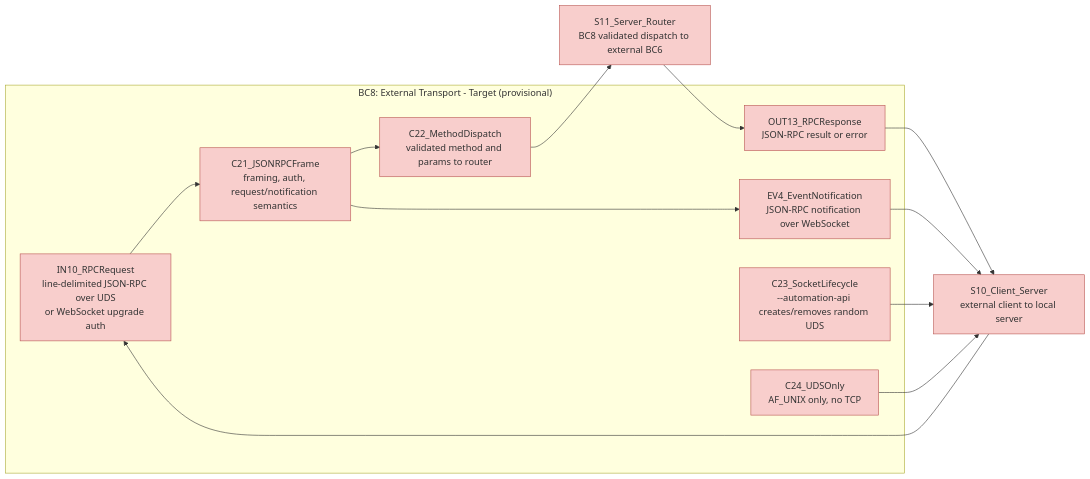
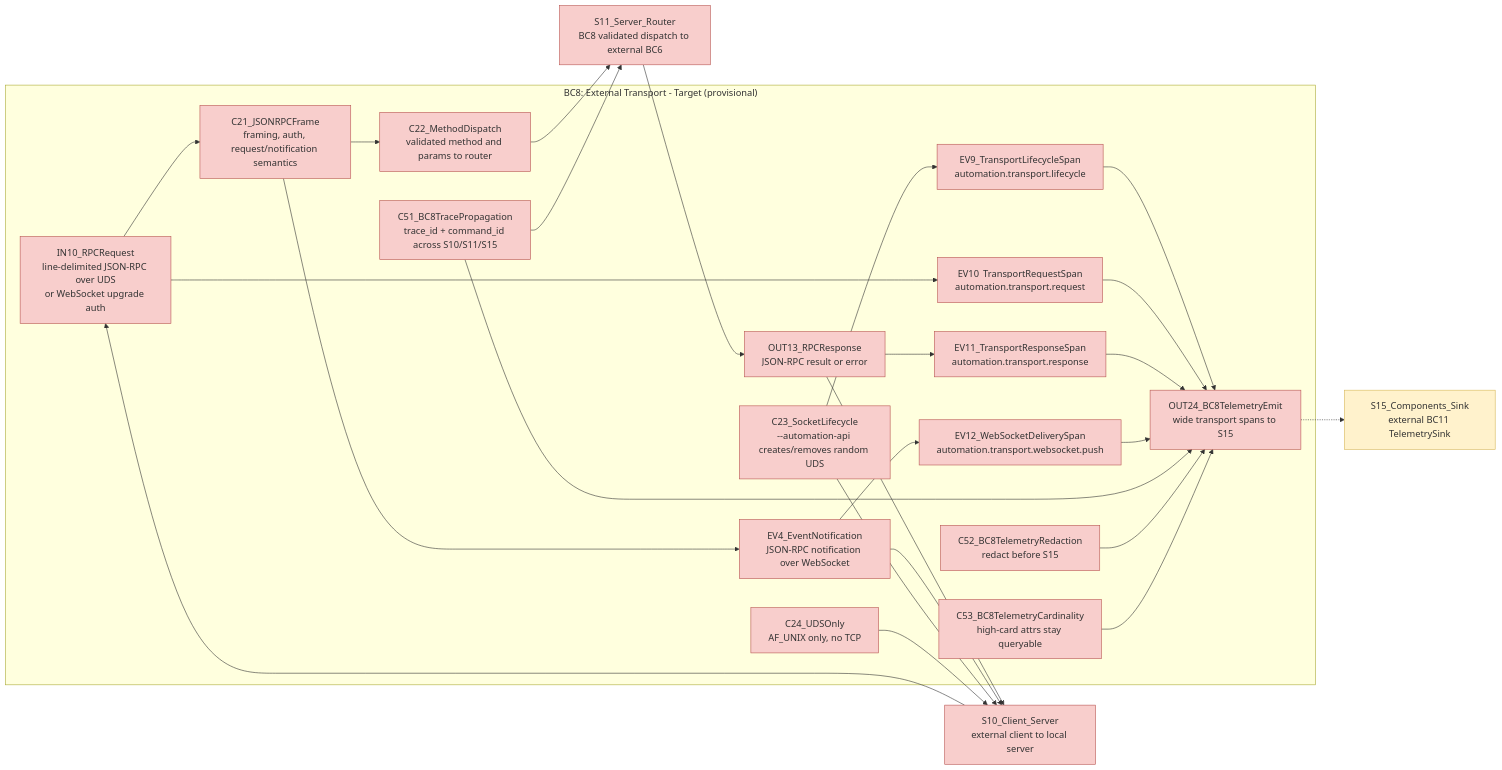
Before and after one commit to tha-hammer/zigBrowser: the first of 3 diagrams in thoughts/searchable/shared/plans/2026-07-09-phase2-3-external-api-platform-input-tdd-plan.md, drawn with Mermaid. The commit also changed other lines of this file and 2 other files, not shown here.

````diff
--- a/thoughts/searchable/shared/plans/2026-07-09-phase2-3-external-api-platform-input-tdd-plan.md
+++ b/thoughts/searchable/shared/plans/2026-07-09-phase2-3-external-api-platform-input-tdd-plan.md
@@ -603,36 +719,61 @@
 ```mermaid
 flowchart LR
     classDef iface   fill:#dae8fc,stroke:#6c8ebf;
+    classDef event   fill:#e1d5e7,stroke:#9673a6;
     classDef contract fill:#d5e8d4,stroke:#82b366;
     classDef seam    fill:#fff2cc,stroke:#d6b656;
     classDef gap     fill:#f8cecc,stroke:#b85450;
 
     subgraph BC8["BC8: External Transport - Target (provisional)"]
         IN10["IN10_RPCRequest\nline-delimited JSON-RPC over UDS\nor WebSocket upgrade auth"]
         OUT13["OUT13_RPCResponse\nJSON-RPC result or error"]
         EV4["EV4_EventNotification\nJSON-RPC notification over WebSocket"]
+        OUT24["OUT24_BC8TelemetryEmit\nwide transport spans to S15"]
+        EV9["EV9_TransportLifecycleSpan\nautomation.transport.lifecycle"]
+        EV10["EV10_TransportRequestSpan\nautomation.transport.request"]
+        EV11["EV11_TransportResponseSpan\nautomation.transport.response"]
+        EV12["EV12_WebSocketDeliverySpan\nautomation.transport.websocket.push"]
         C21["C21_JSONRPCFrame\nframing, auth, request/notification semantics"]
         C22["C22_MethodDispatch\nvalidated method and params to router"]
         C23["C23_SocketLifecycle\n--automation-api creates/removes random UDS"]
         C24["C24_UDSOnly\nAF_UNIX only, no TCP"]
+        C51["C51_BC8TracePropagation\ntrace_id + command_id across S10/S11/S15"]
+        C52["C52_BC8TelemetryRedaction\nredact before S15"]
+        C53["C53_BC8TelemetryCardinality\nhigh-card attrs stay queryable"]
     end
 
     S10["S10_Client_Server\nexternal client to local server"]
     S11["S11_Server_Router\nBC8 validated dispatch to external BC6"]
+    S15["S15_Components_Sink\nexternal BC11 TelemetrySink"]
 
     S10 --> IN10
     IN10 --> C21
+    IN10 --> EV10
     C21 --> C22
     C22 --> S11
     S11 --> OUT13
     OUT13 --> S10
+    OUT13 --> EV11
     C21 --> EV4
     EV4 --> S10
+    EV4 --> EV12
     C23 --> S10
+    C23 --> EV9
     C24 --> S10
 
-    class IN10,OUT13,EV4 iface;
-    class C21,C22,C23,C24 contract;
-    class S10,S11 seam;
-    class IN10,OUT13,EV4,C21,C22,C23,C24,S10,S11 gap;
+    EV9 --> OUT24
+    EV10 --> OUT24
+    EV11 --> OUT24
+    EV12 --> OUT24
+    C51 --> OUT24
+    C51 --> S11
+    C52 --> OUT24
+    C53 --> OUT24
+    OUT24 -.-> S15
+
+    class IN10,OUT13,OUT24 iface;
+    class EV4,EV9,EV10,EV11,EV12 event;
+    class C21,C22,C23,C24,C51,C52,C53 contract;
+    class S10,S11,S15 seam;
+    class IN10,OUT13,EV4,OUT24,EV9,EV10,EV11,EV12,C21,C22,C23,C24,C51,C52,C53,S10,S11 gap;
 ```
````
